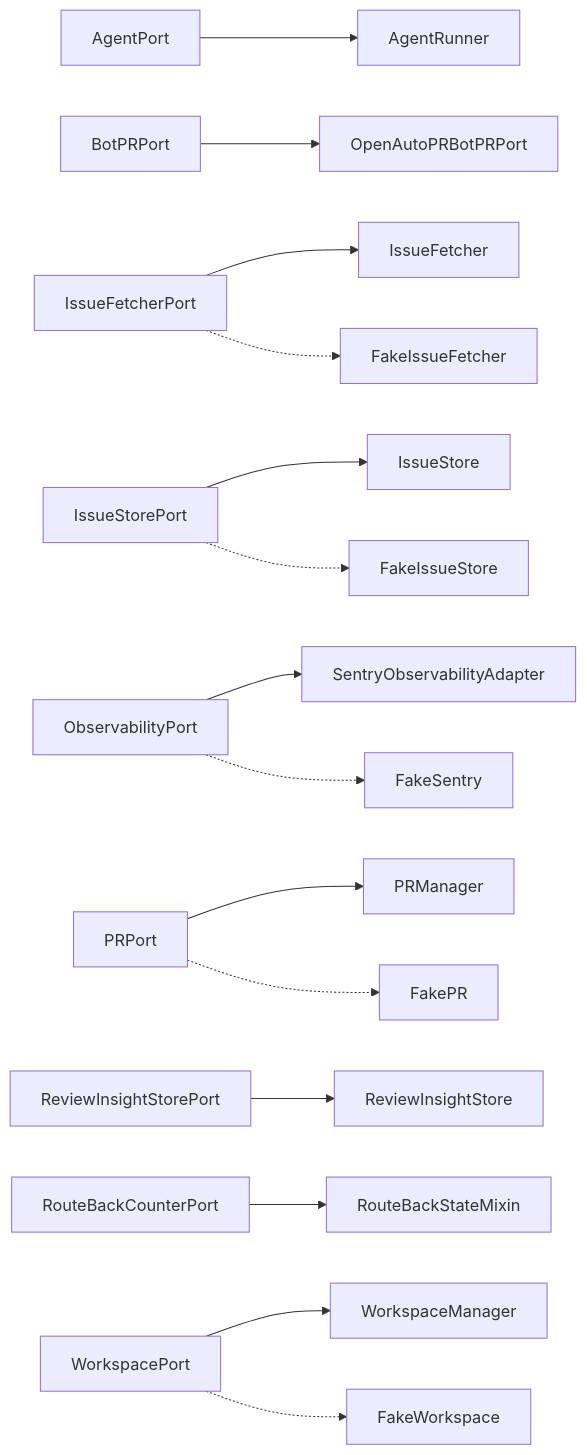
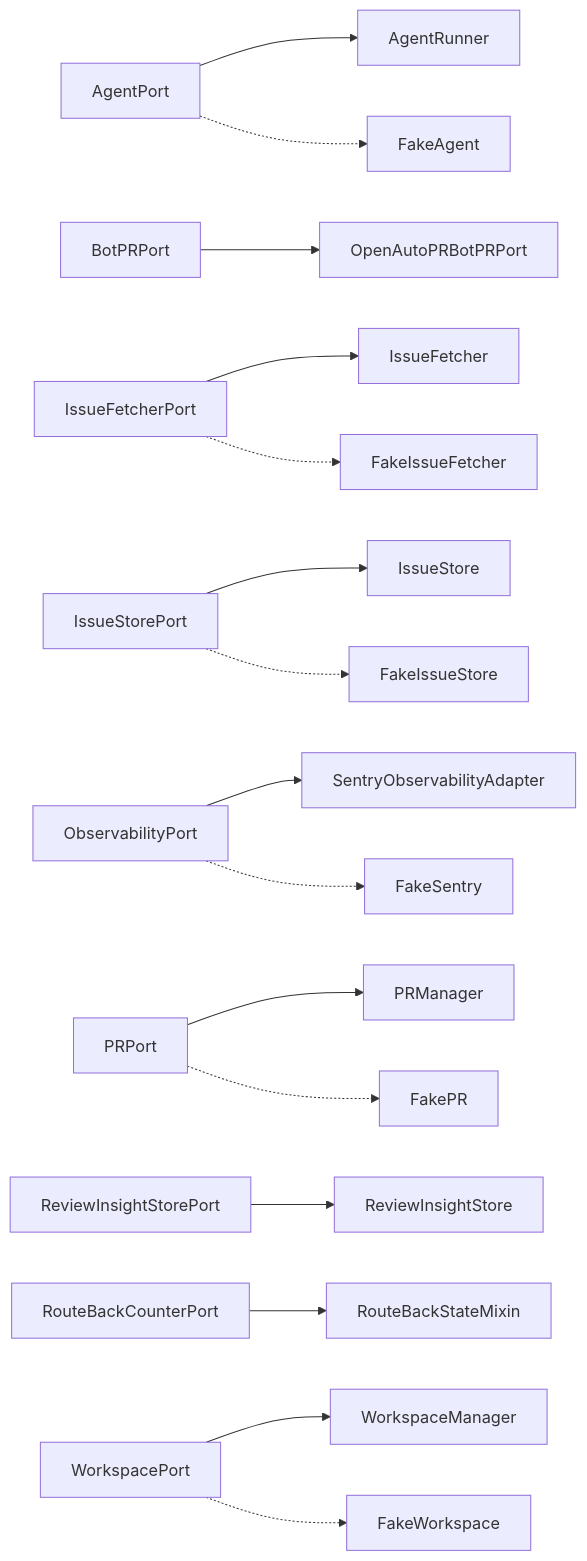
Before and after one commit to T-rav/hydraflow: the diagram in docs/arch/generated/ports.md, drawn with Mermaid. The commit also changed other lines of this file and 14 other files, not shown here.

First line of the commit message:
feat(mockworld): FakeAgent satisfies AgentPort Protocol (ADR-0047, closes advisor-ayw5)

````diff
--- a/docs/arch/generated/ports.md
+++ b/docs/arch/generated/ports.md
@@ -7,17 +7,18 @@
 ```mermaid
 graph LR
     AgentPort --> AgentRunner
+    AgentPort -.-> FakeAgent
     BotPRPort --> OpenAutoPRBotPRPort
     IssueFetcherPort --> IssueFetcher
     IssueFetcherPort -.-> FakeIssueFetcher
     IssueStorePort --> IssueStore
     IssueStorePort -.-> FakeIssueStore
     ObservabilityPort --> SentryObservabilityAdapter
     ObservabilityPort -.-> FakeSentry
     PRPort --> PRManager
     PRPort -.-> FakePR
     ReviewInsightStorePort --> ReviewInsightStore
     RouteBackCounterPort --> RouteBackStateMixin
     WorkspacePort --> WorkspaceManager
     WorkspacePort -.-> FakeWorkspace
 ```
````
